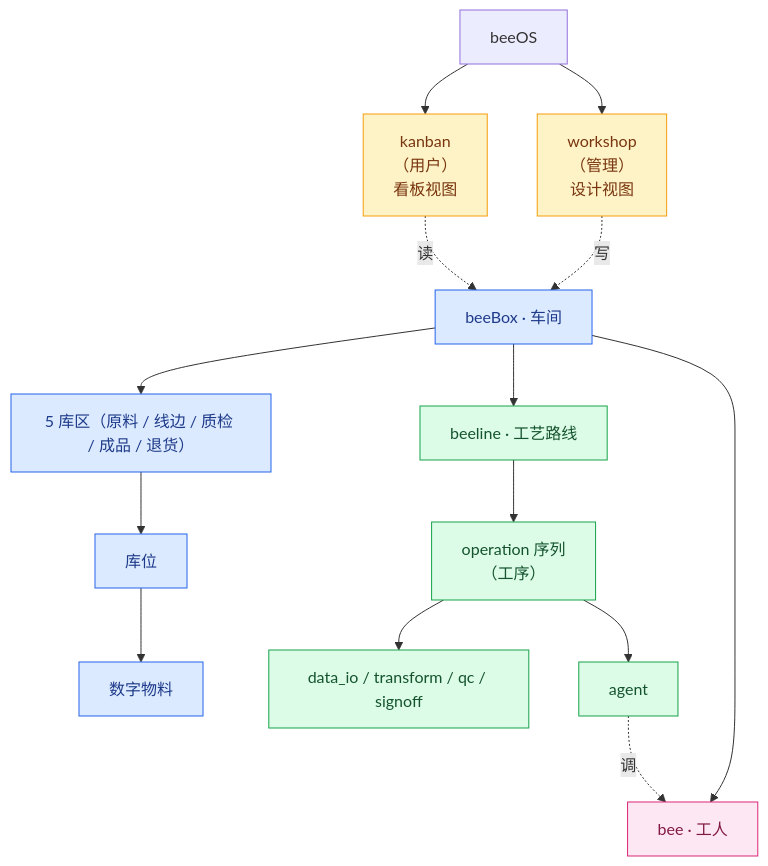
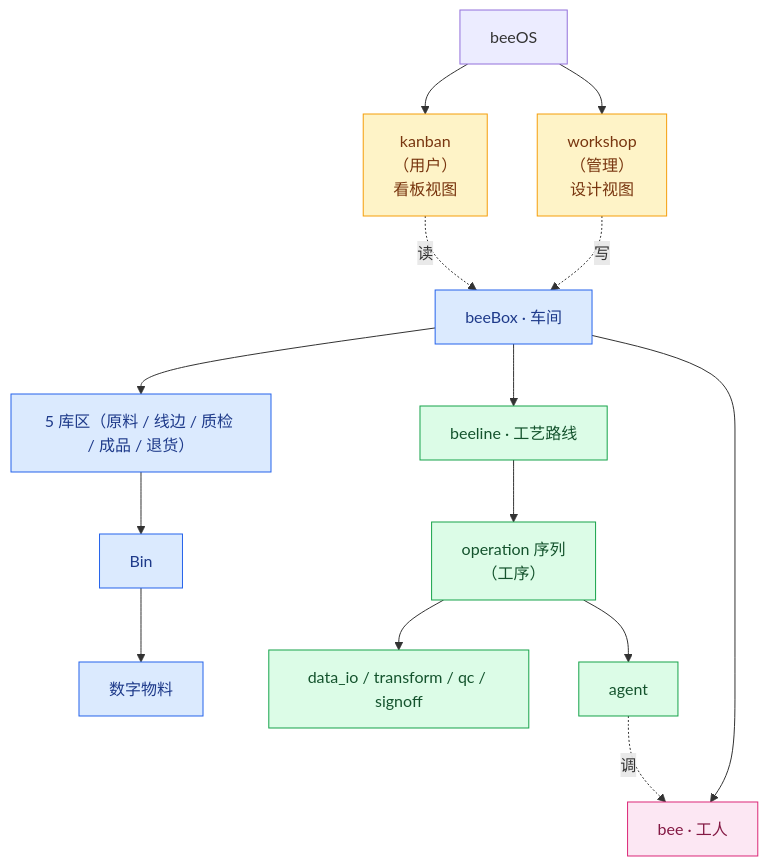
One commit to chehuizi/beeOS changed the first of 4 diagrams in docs/architecture/kernel-design.md. Above: the diagram before and after it, drawn with Mermaid. The commit also changed other lines of this file, not shown here.

First line of the commit message:
docs: 库位英文 Location → Bin（WMS 标准）

````diff
--- a/docs/architecture/kernel-design.md
+++ b/docs/architecture/kernel-design.md
@@ -15,42 +15,42 @@
 ```mermaid
 graph TB
     beeOS["beeOS"]
 
     kanban["kanban<br/>（用户）<br/>看板视图"]
     workshop["workshop<br/>（管理）<br/>设计视图"]
 
     beeBox["beeBox · 车间"]
     zones["5 库区（原料 / 线边 / 质检 / 成品 / 退货）"]
-    locations["库位"]
+    bins["Bin"]
     materials["数字物料"]
     beeline["beeline · 工艺路线"]
     operations["operation 序列<br/>（工序）"]
     opBasic["data_io / transform / qc / signoff"]
     opAgent["agent"]
     bee["bee · 工人"]
 
     beeOS --> kanban
     beeOS --> workshop
     kanban -.读.-> beeBox
     workshop -.写.-> beeBox
 
     beeBox --> zones
     beeBox --> beeline
     beeBox --> bee
-    zones --> locations
-    locations --> materials
+    zones --> bins
+    bins --> materials
     beeline --> operations
     operations --> opBasic
     operations --> opAgent
     opAgent -.调.-> bee
 
     classDef console fill:#fef3c7,stroke:#f59e0b,color:#78350f
     classDef box fill:#dbeafe,stroke:#2563eb,color:#1e3a8a
     classDef flow fill:#dcfce7,stroke:#16a34a,color:#14532d
     classDef worker fill:#fce7f3,stroke:#db2777,color:#831843
 
     class kanban,workshop console
-    class beeBox,zones,locations,materials box
+    class beeBox,zones,bins,materials box
     class beeline,operations,opBasic,opAgent flow
     class bee worker
 ```
````
